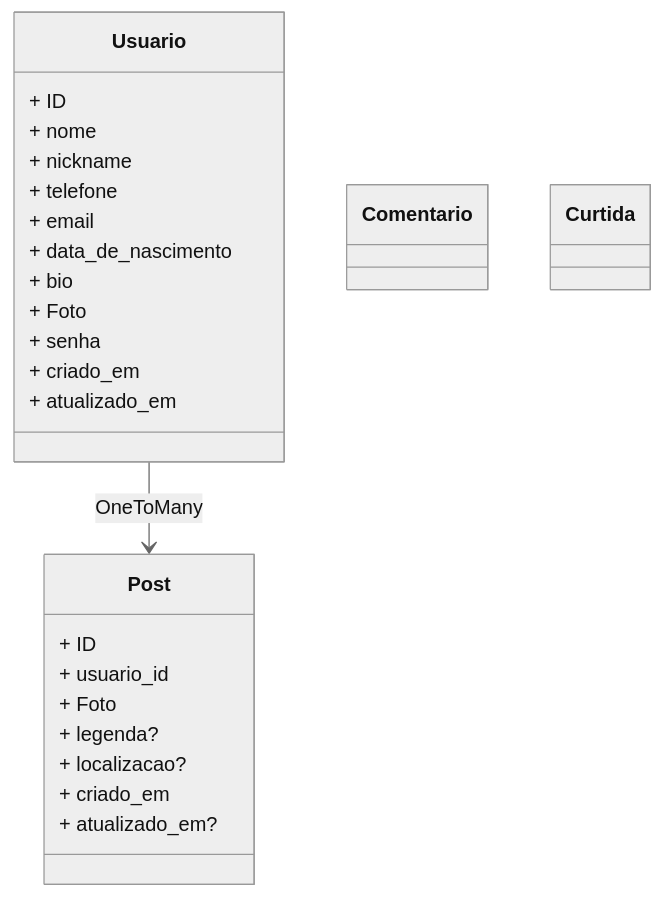
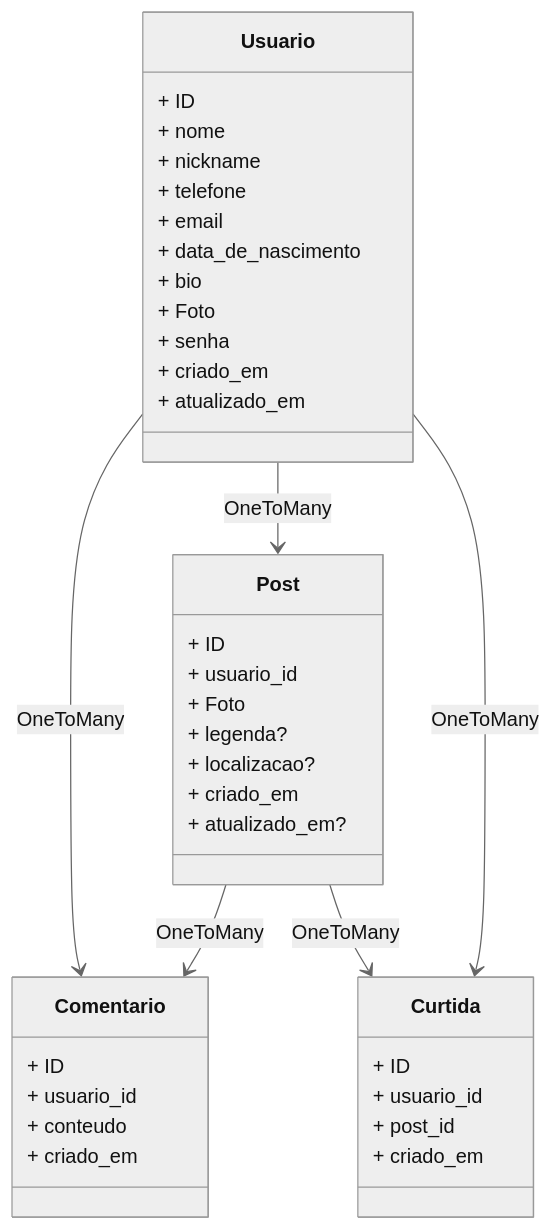
The diagram in README.md (iasminolisena/api-instagram), drawn with Mermaid (neutral theme) before and after one commit.

Commit message:
Estrutura inicial das tabelas

````diff
--- a/README.md
+++ b/README.md
@@ -16,38 +16,46 @@
 ```mermaid
 classDiagram
     Usuario --> Post: OneToMany
-    
+    Usuario --> Comentario: OneToMany
+    Post --> Comentario: OneToMany
+    Post --> Curtida: OneToMany
+    Usuario --> Curtida: OneToMany
+
     class Usuario{
         + ID
         + nome
         + nickname
         + telefone
         + email
         + data_de_nascimento
         + bio
         + Foto
         + senha
         + criado_em
         + atualizado_em
     }
 
     class Post {
         + ID
         + usuario_id
         + Foto
         + legenda?
         + localizacao?
         + criado_em
         + atualizado_em?
     }
 
     class Comentario{
-
-
+        + ID
+        + usuario_id
+        + conteudo
+        + criado_em
     }   
 
     class Curtida{
-
+        + ID
+        + usuario_id
+        + post_id
+        + criado_em
     } 
-
 ```
````
